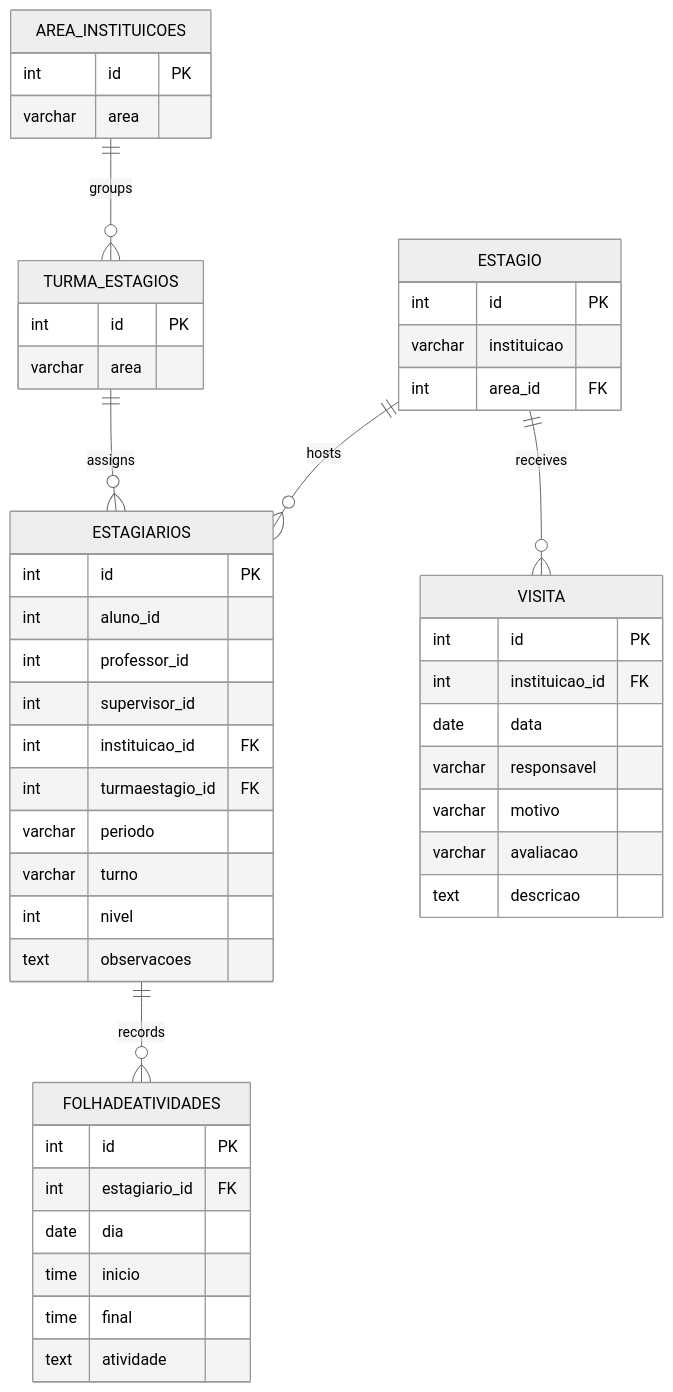
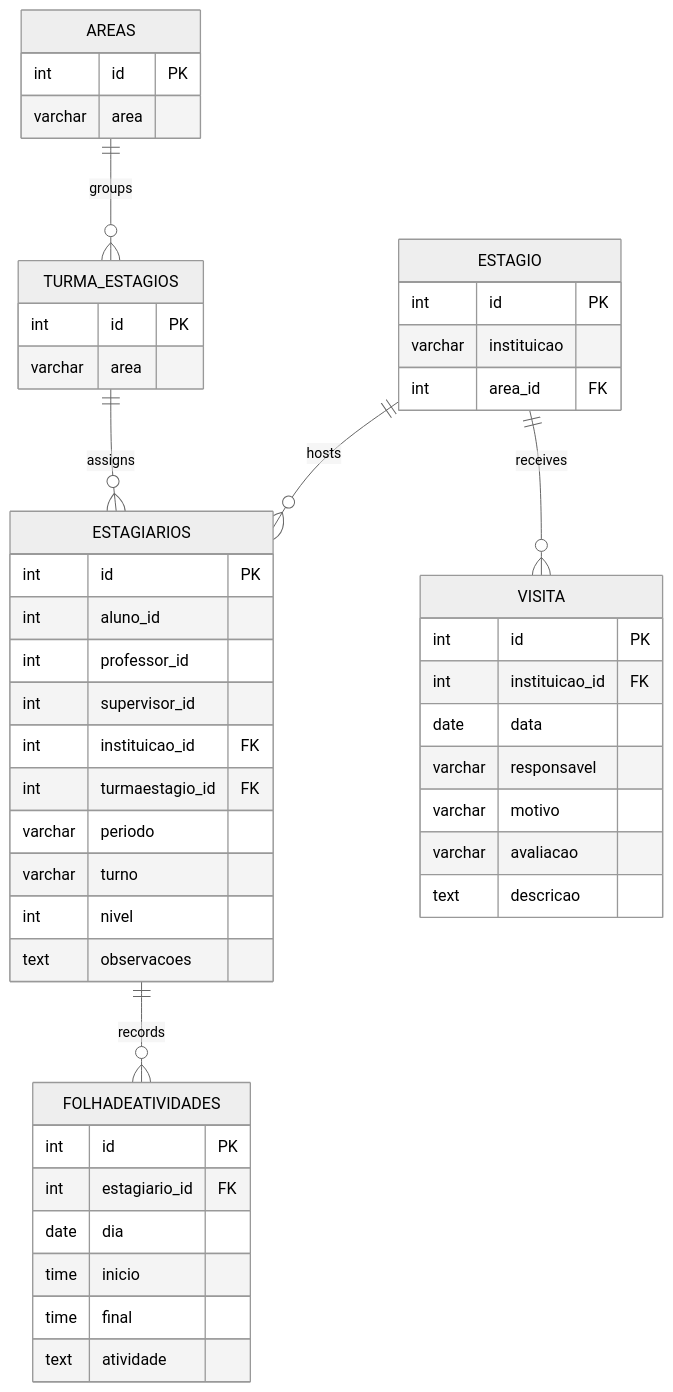
The seventh of 8 diagrams in .qoder/repowiki/en/content/Data Models & Database Design/Institutional Management Models.md (luiseduacosta/nodemural), drawn with Mermaid (neutral theme) before and after one commit. The commit also changed other lines of this file and 26 other files, not shown here.

Commit message:
Change table area_instituicoes to area.

````diff
--- a/.qoder/repowiki/en/content/Data Models & Database Design/Institutional Management Models.md
+++ b/.qoder/repowiki/en/content/Data Models & Database Design/Institutional Management Models.md
@@ -402,50 +402,50 @@
 ```mermaid
 erDiagram
-AREA_INSTITUICOES {
+AREAS {
 int id PK
 varchar area
 }
 TURMA_ESTAGIOS {
 int id PK
 varchar area
 }
 ESTAGIO {
 int id PK
 varchar instituicao
 int area_id FK
 }
 ESTAGIARIOS {
 int id PK
 int aluno_id
 int professor_id
 int supervisor_id
 int instituicao_id FK
 int turmaestagio_id FK
 varchar periodo
 varchar turno
 int nivel
 text observacoes
 }
 FOLHADEATIVIDADES {
 int id PK
 int estagiario_id FK
 date dia
 time inicio
 time final
 text atividade
 }
 VISITA {
 int id PK
 int instituicao_id FK
 date data
 varchar responsavel
 varchar motivo
 varchar avaliacao
 text descricao
 }
-AREA_INSTITUICOES ||--o{ TURMA_ESTAGIOS : "groups"
+AREAS ||--o{ TURMA_ESTAGIOS : "groups"
 TURMA_ESTAGIOS ||--o{ ESTAGIARIOS : "assigns"
 ESTAGIO ||--o{ ESTAGIARIOS : "hosts"
 ESTAGIARIOS ||--o{ FOLHADEATIVIDADES : "records"
 ESTAGIO ||--o{ VISITA : "receives"
 ```
````
